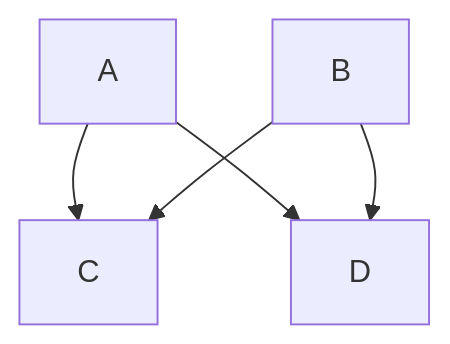
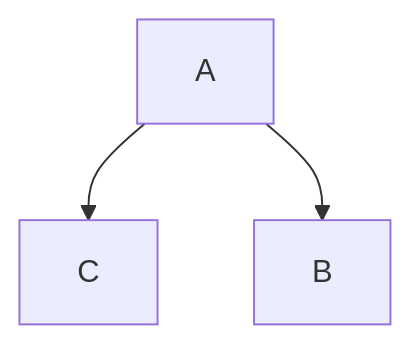
One commit to boddaert/nsi changed the diagram in terminale/Structures_arborescentes_de_données/Arbres_binaires.md. Above: the diagram before and after it, drawn with Mermaid.

````diff
--- a/terminale/Structures_arborescentes_de_données/Arbres_binaires.md
+++ b/terminale/Structures_arborescentes_de_données/Arbres_binaires.md
@@ -15,7 +15,5 @@
 ```mermaid
 flowchart TB
     A --> C
-    A --> D
-    B --> C
-    B --> D
+    A --> B
 ```
````
